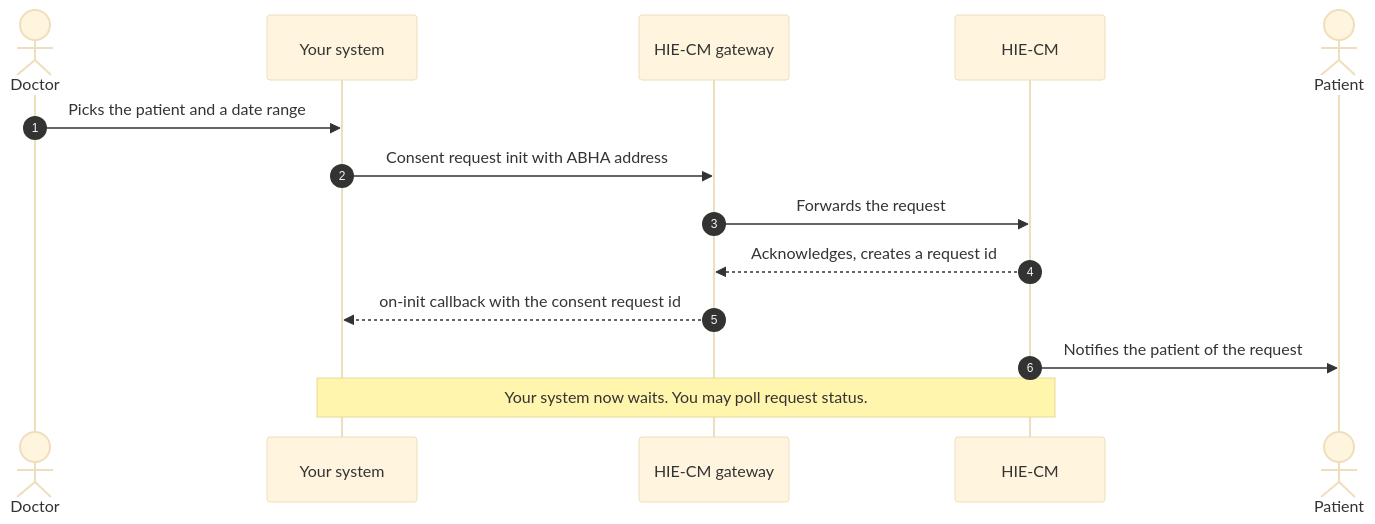
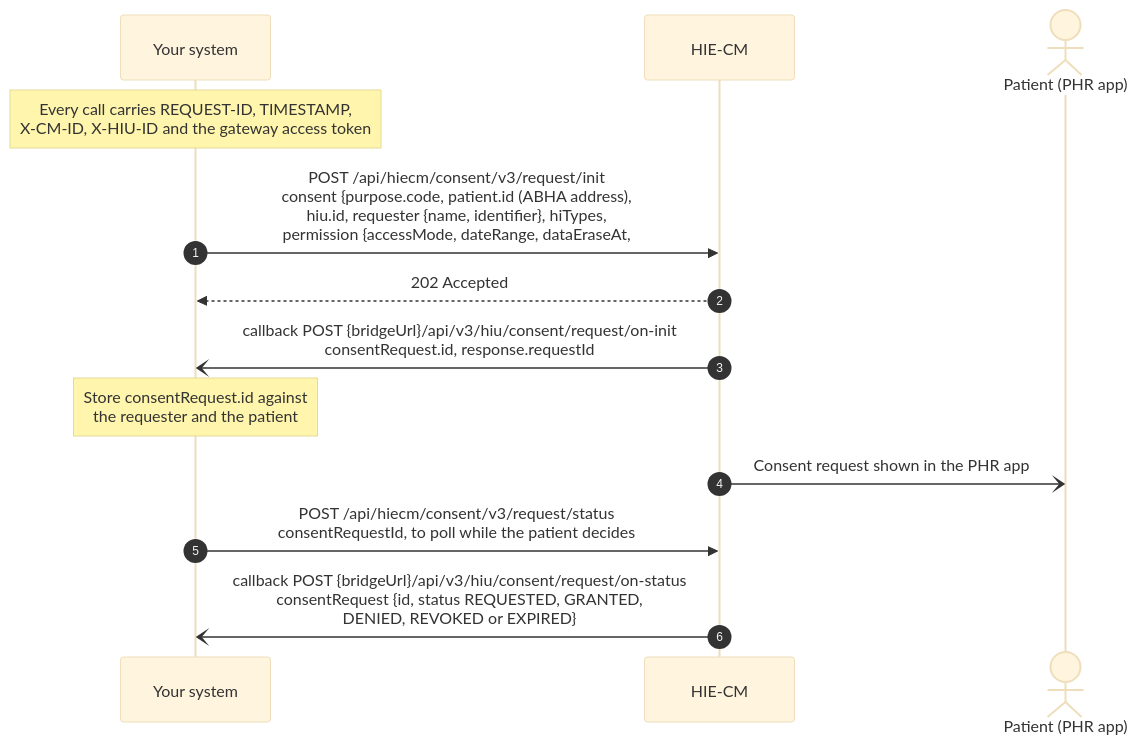
The first of 3 diagrams in site/docs/hiecm/v3/milestones/m3.mdx (nha-in/docs), drawn with Mermaid (base theme) before and after one commit. The commit also changed other lines of this file and 4 other files, not shown here.

````diff
--- a/site/docs/hiecm/v3/milestones/m3.mdx
+++ b/site/docs/hiecm/v3/milestones/m3.mdx
@@ -126,16 +126,15 @@
 ```mermaid
 sequenceDiagram
     autonumber
-    actor D as Doctor
     participant S as Your system
-    participant G as HIE-CM gateway
-    participant C as HIE-CM
-    actor P as Patient
-    D->>S: Picks the patient and a date range
-    S->>G: Consent request init with ABHA address
-    G->>C: Forwards the request
-    C-->>G: Acknowledges, creates a request id
-    G-->>S: on-init callback with the consent request id
-    C->>P: Notifies the patient of the request
-    Note over S,C: Your system now waits. You may poll request status.
+    participant CM as HIE-CM
+    actor P as Patient (PHR app)
+    Note over S: Every call carries REQUEST-ID, TIMESTAMP,<br/>X-CM-ID, X-HIU-ID and the gateway access token
+    S->>CM: POST /api/hiecm/consent/v3/request/init<br/>consent {purpose.code, patient.id (ABHA address),<br/>hiu.id, requester {name, identifier}, hiTypes,<br/>permission {accessMode, dateRange, dataEraseAt,
+    CM-->>S: 202 Accepted
+    CM-)S: callback POST {bridgeUrl}/api/v3/hiu/consent/request/on-init<br/>consentRequest.id, response.requestId
+    Note over S: Store consentRequest.id against<br/>the requester and the patient
+    CM-)P: Consent request shown in the PHR app
+    S->>CM: POST /api/hiecm/consent/v3/request/status<br/>consentRequestId, to poll while the patient decides
+    CM-)S: callback POST {bridgeUrl}/api/v3/hiu/consent/request/on-status<br/>consentRequest {id, status REQUESTED, GRANTED,<br/>DENIED, REVOKED or EXPIRED}
 ```
````
